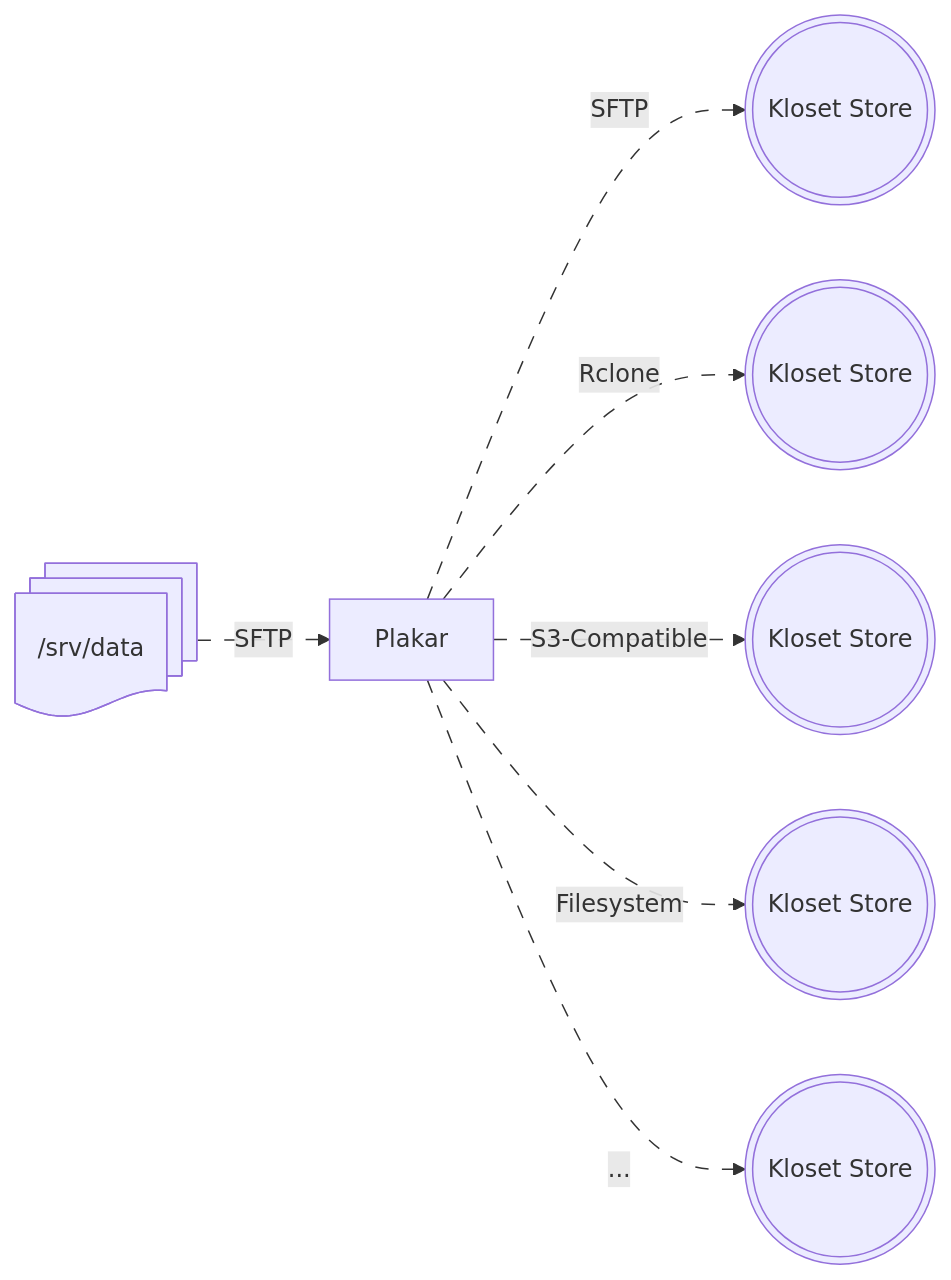
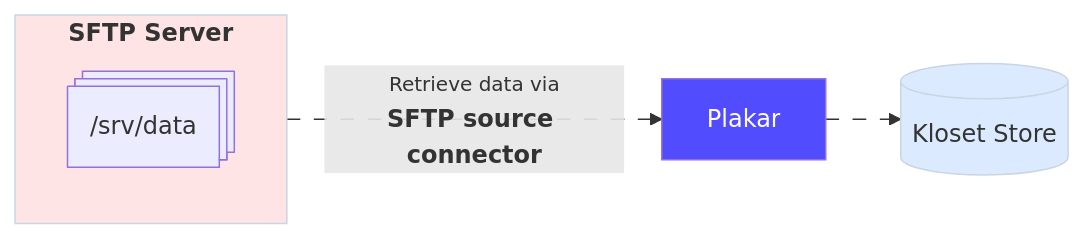
Before and after one commit to PlakarKorp/plakar.io: the second of 3 diagrams in content/docs/v1.0.6/integrations/sftp/index.md, drawn with Mermaid. The commit also changed other lines of this file, not shown here.

Commit message:
sftp: better schemas

```diff
--- a/content/docs/v1.0.6/integrations/sftp/index.md
+++ b/content/docs/v1.0.6/integrations/sftp/index.md
@@ -156,17 +164,25 @@
 {{< mermaid >}}
 flowchart LR
-  DIR@{ shape: docs, label: "/srv/data" }
-  DIR e1@-- SFTP --> Plakar[Plakar]
-  Plakar e2@-->|SFTP| SFTP_Target(((Kloset Store)))
-  Plakar e3@-->|Rclone| Rclone_Target(((Kloset Store)))
-  Plakar e4@-->|S3-Compatible| S3_Target(((Kloset Store)))
-  Plakar e5@-->|Filesystem| FS_Target(((Kloset Store)))
-  Plakar e6@-->|...| All_Target(((Kloset Store)))
-  classDef animate stroke-dasharray: 9,5,stroke-dashoffset: 900,animation: dash 25s linear infinite;
-  class e1 animate
-  class e2 animate
-  class e3 animate
-  class e4 animate
-  class e5 animate
-  class e6 animate
+
+subgraph Source[<b>SFTP Server</b>]
+  fs@{ shape: st-rect, label: "/srv/data" }
+end
+
+Source -- <small>Retrieve data via</small><br><b>SFTP source connector</b> --> Plakar
+
+Store@{ shape: cyl, label: "Kloset Store" }
+
+Plakar --> Store
+
+%% Apply classes
+class Source sourceBox
+class Plakar brandBox
+class Store storeBox
+
+%% Classes definitions
+classDef sourceBox fill:#ffe4e6,stroke:#cad5e2,stroke-width:1px
+classDef brandBox fill:#524cff,color:#ffffff
+classDef storeBox fill:#dbeafe,stroke:#cad5e2,stroke-width:1px
+
+linkStyle default stroke-dasharray: 9,5,stroke-dashoffset: 900,animation: dash 25s linear infinite;
 {{< /mermaid >}}
```
